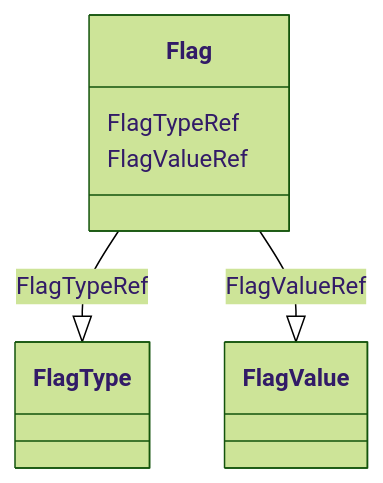
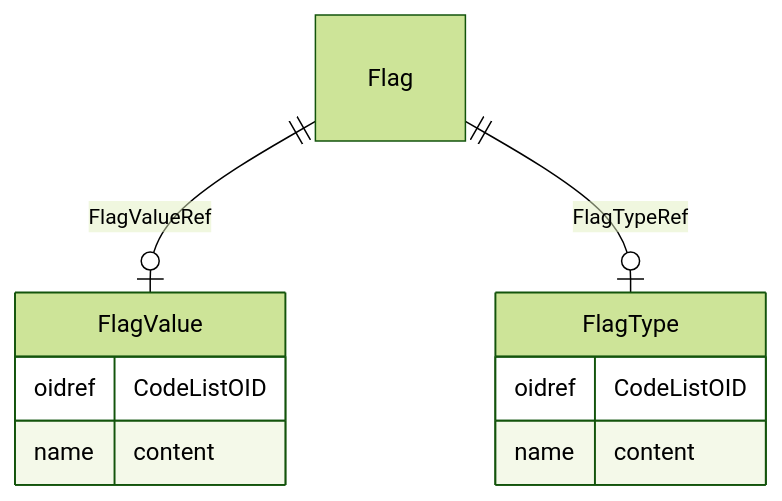
One commit to cdisc-org/DataExchange-ODM-LinkML changed the diagram in docs/Flag.md. Above: the diagram before and after it, drawn with Mermaid (forest theme). The commit also changed other lines of this file and 181 other files, not shown here.

Commit message:
ER diagrams working via templates and removing names with underscores

````diff
--- a/docs/Flag.md
+++ b/docs/Flag.md
@@ -14,13 +11,18 @@
 ```mermaid
- classDiagram
-    class Flag
-      Flag : FlagTypeRef
-        
-          Flag --|> FlagType : FlagTypeRef
-        
-      Flag : FlagValueRef
-        
-          Flag --|> FlagValue : FlagValueRef
-        
-      
+erDiagram
+Flag {
+
+}
+FlagType {
+    oidref CodeListOID  
+    name content  
+}
+FlagValue {
+    oidref CodeListOID  
+    name content  
+}
+
+Flag ||--|o FlagValue : "FlagValueRef"
+Flag ||--|o FlagType : "FlagTypeRef"
+
 ```
````
